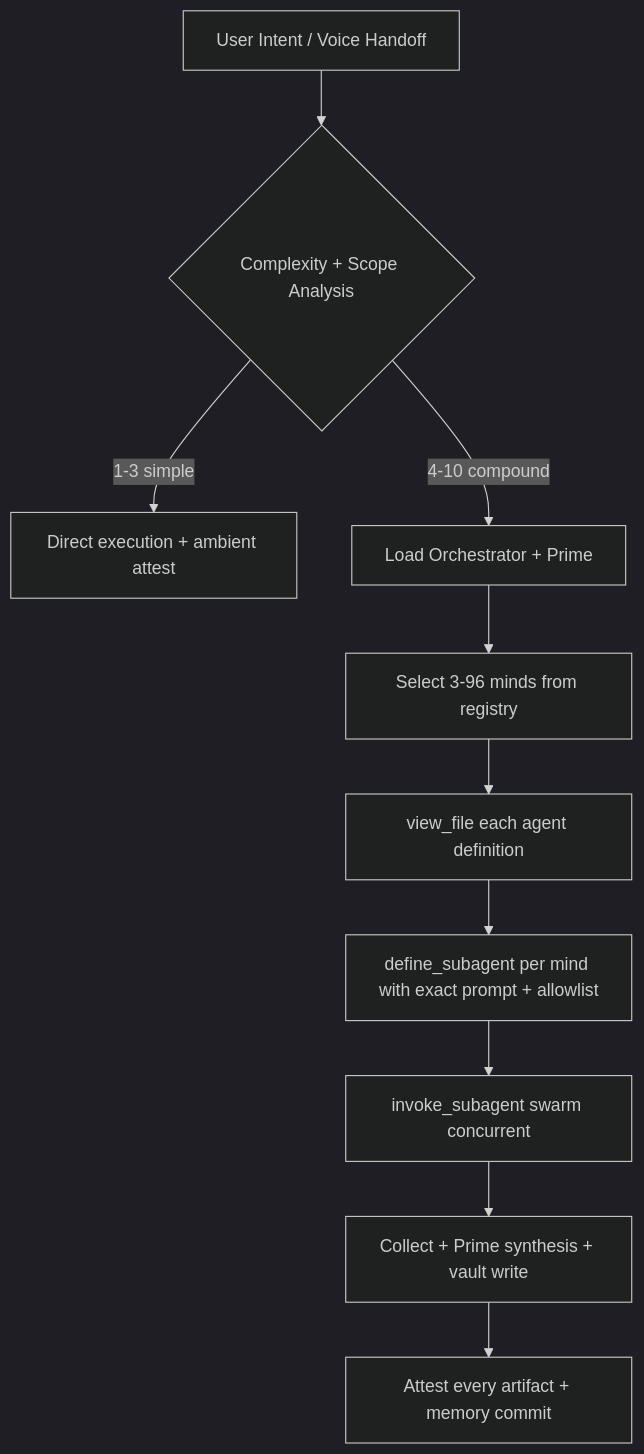
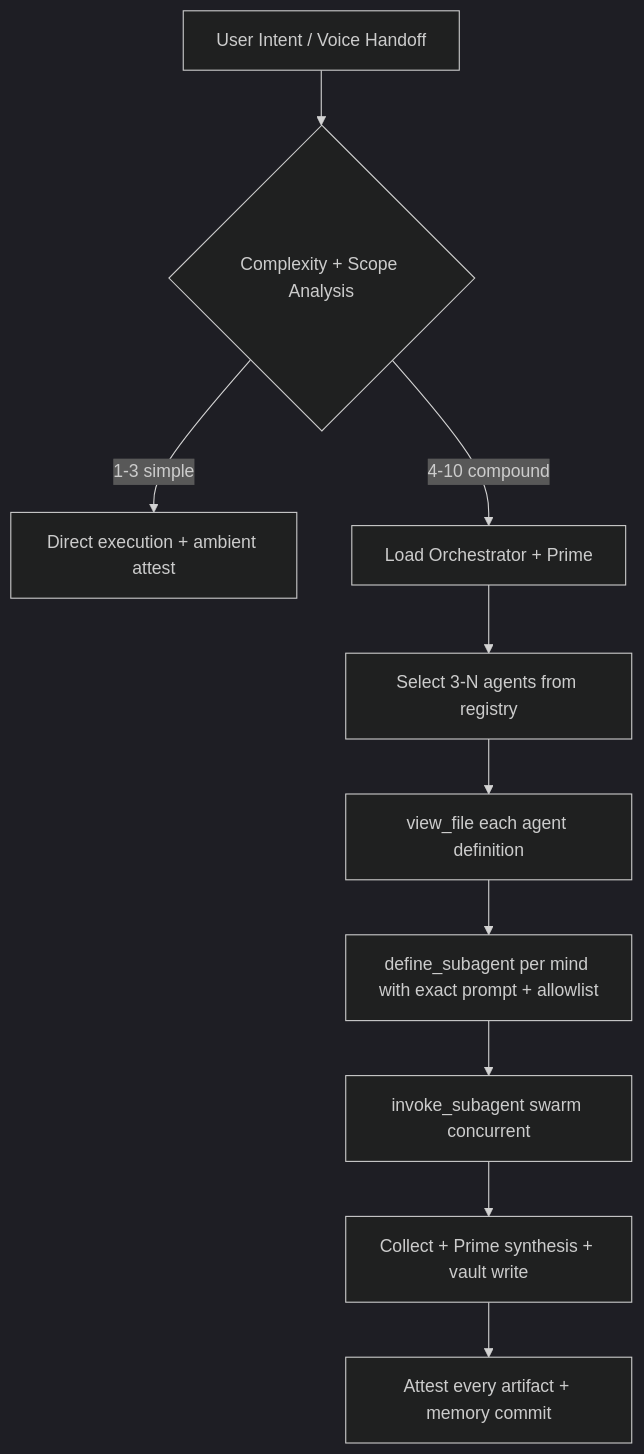
One commit to frankxai/Starlight-Intelligence-System changed the diagram in .antigravity/instructions.md. Above: the diagram before and after it, drawn with Mermaid (dark theme). The commit also changed other lines of this file and 26 other files, not shown here.

````diff
--- a/.antigravity/instructions.md
+++ b/.antigravity/instructions.md
@@ -81,12 +81,12 @@
 ```mermaid
 graph TD
     A[User Intent / Voice Handoff] --> B{Complexity + Scope Analysis}
     B -- 1-3 simple --> C[Direct execution + ambient attest]
     B -- 4-10 compound --> D[Load Orchestrator + Prime]
-    D --> E[Select 3-96 minds from registry]
+    D --> E[Select 3-N agents from registry]
     E --> F[view_file each agent definition]
     F --> G[define_subagent per mind with exact prompt + allowlist]
     G --> H[invoke_subagent swarm concurrent]
     H --> I[Collect + Prime synthesis + vault write]
     I --> J[Attest every artifact + memory commit]
 ```
````
